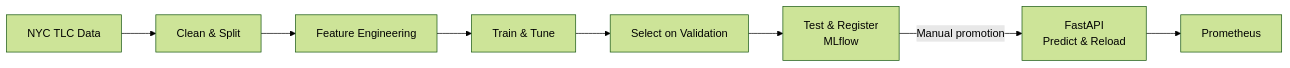
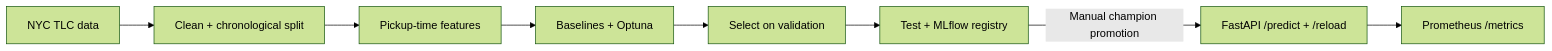
The diagram in README.md (HassanHijaze/mle-model-deployment-project), drawn with Mermaid (forest theme) before and after one commit. The commit also changed other lines of this file, not shown here.

````diff
--- a/README.md
+++ b/README.md
@@ -32,10 +45,10 @@
-```mermaid
+```mermaid id="8f6p1a"
 flowchart LR
-    A["NYC TLC Data"] --> B["Clean & Split"]
-    B --> C["Feature Engineering"]
-    C --> D["Train & Tune"]
-    D --> E["Select on Validation"]
-    E --> F["Test & Register<br/>MLflow"]
-    F -->|"Manual promotion"| G["FastAPI<br/>Predict & Reload"]
-    G --> H["Prometheus"]
+    A["NYC TLC data"] --> B["Clean + chronological split"]
+    B --> C["Pickup-time features"]
+    C --> D["Baselines + Optuna"]
+    D --> E["Select on validation"]
+    E --> F["Test + MLflow registry"]
+    F -->|"Manual champion promotion"| G["FastAPI /predict + /reload"]
+    G --> H["Prometheus /metrics"]
 ```
````
